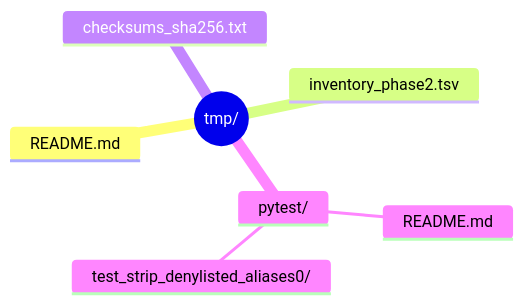
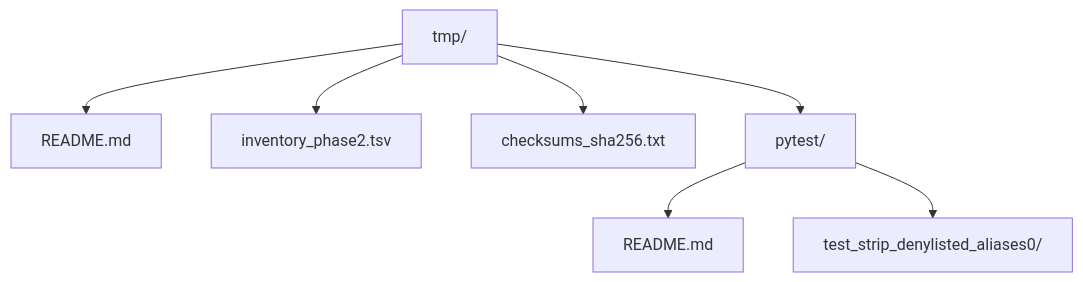
Before and after one commit to Runndownn/Omniforge: diagram 11 of 14 in docs/Inventory/Omniforge-Inventory.md, drawn with Mermaid. The commit also changed other lines of this file and 5 other files, not shown here.

````diff
--- a/docs/Inventory/Omniforge-Inventory.md
+++ b/docs/Inventory/Omniforge-Inventory.md
@@ -345,10 +339,9 @@
 ```mermaid
-mindmap
-    root((tmp/))
-        README.md
-        inventory_phase2.tsv
-        checksums_sha256.txt
-        pytest/
-            README.md
-            test_strip_denylisted_aliases0/
+flowchart TD
+    TMP[tmp/] --> TMP_README[README.md]
+    TMP --> TMP_INV[inventory_phase2.tsv]
+    TMP --> TMP_SHA[checksums_sha256.txt]
+    TMP --> TMP_PYTEST[pytest/]
+    TMP_PYTEST --> TMP_PYTEST_README[README.md]
+    TMP_PYTEST --> TMP_CASE[test_strip_denylisted_aliases0/]
 ```
````
